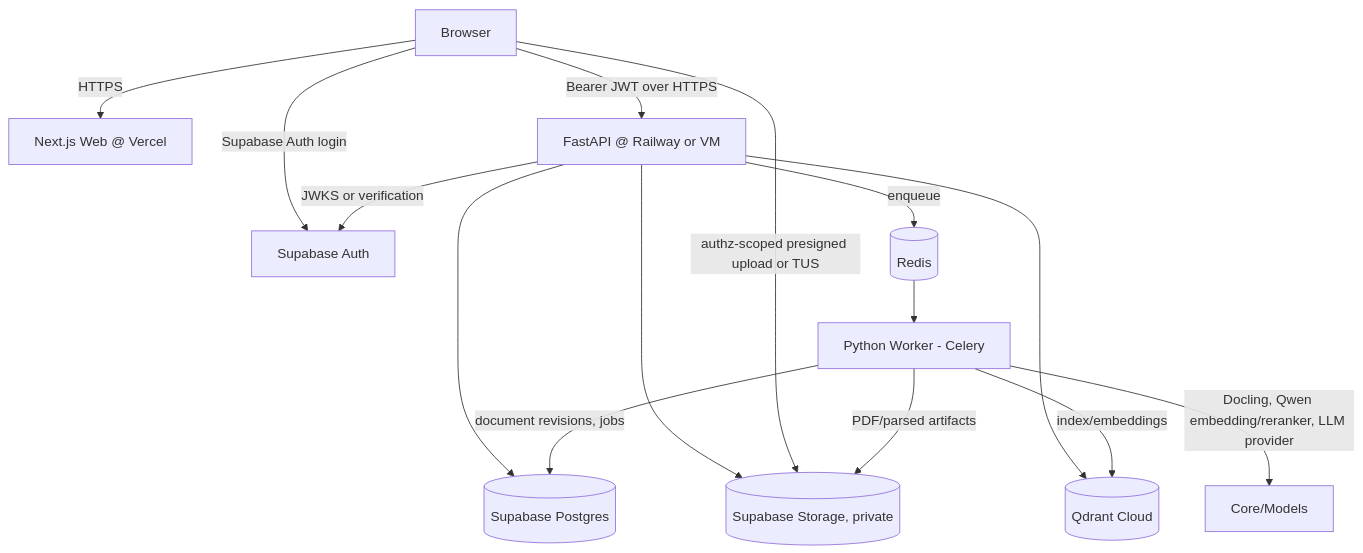
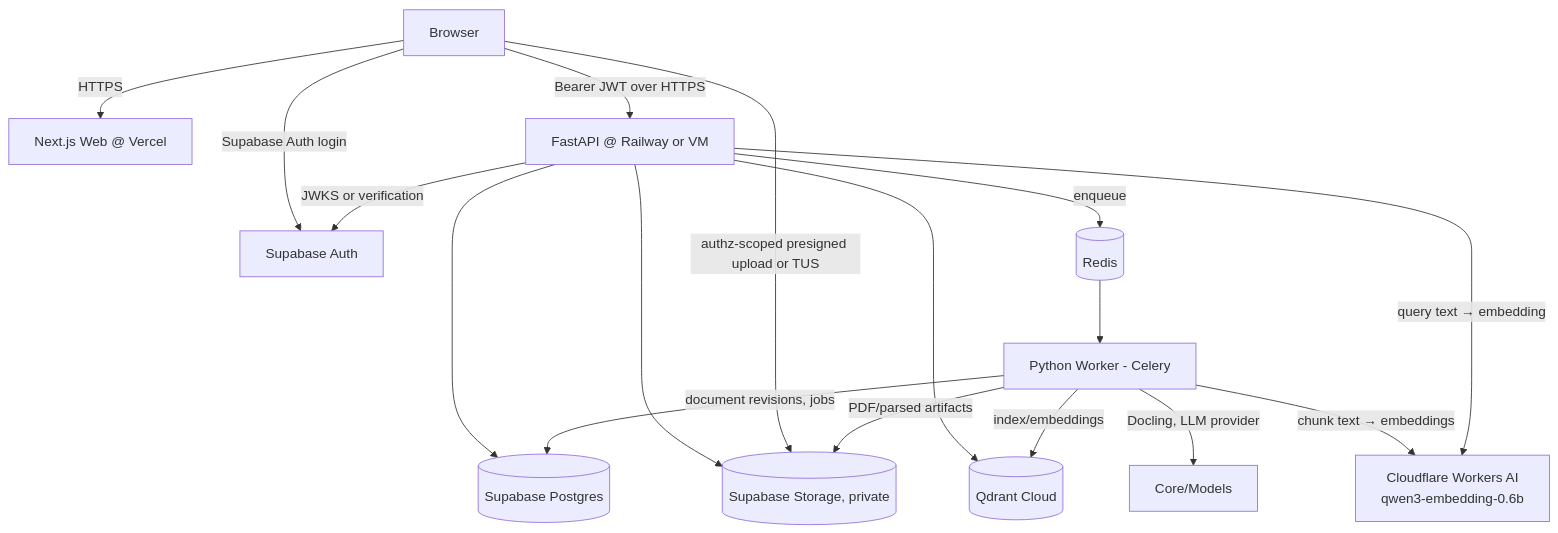
One commit to peacecheejecake/quiz-workspace changed the diagram in docs/deployment.md. Above: the diagram before and after it, drawn with Mermaid. The commit also changed other lines of this file and 7 other files, not shown here.

First line of the commit message:
docs(M7.4b): Workers AI embedding decisions, search degrade AC, privacy processors

````diff
--- a/docs/deployment.md
+++ b/docs/deployment.md
@@ -7,17 +7,19 @@
 ```mermaid
 flowchart TD
   B[Browser] -->|HTTPS| W[Next.js Web @ Vercel]
   B -->|Supabase Auth login| A[Supabase Auth]
   B -->|Bearer JWT over HTTPS| API[FastAPI @ Railway or VM]
   API -->|JWKS or verification| A
   API --> P[(Supabase Postgres)]
   API --> S[(Supabase Storage, private)]
   B -->|authz-scoped presigned upload or TUS| S
   API -->|enqueue| R[(Redis)]
   R --> WK[Python Worker - Celery]
   WK -->|PDF/parsed artifacts| S
   WK -->|document revisions, jobs| P
   API --> Q[(Qdrant Cloud)]
   WK -->|index/embeddings| Q
-  WK -->|Docling, Qwen embedding/reranker, LLM provider| MODELS[Core/Models]
+  WK -->|Docling, LLM provider| MODELS[Core/Models]
+  WK -->|chunk text → embeddings| CF[Cloudflare Workers AI\nqwen3-embedding-0.6b]
+  API -->|query text → embedding| CF
 ```
````
